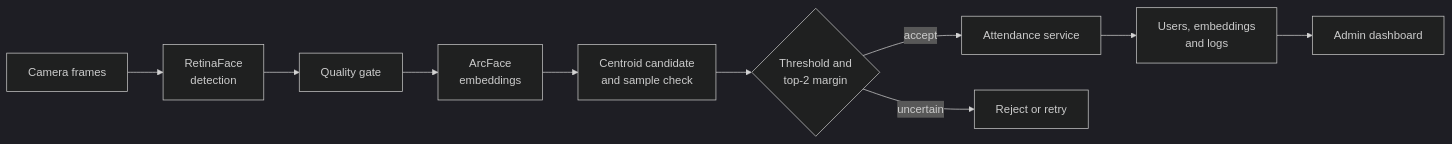
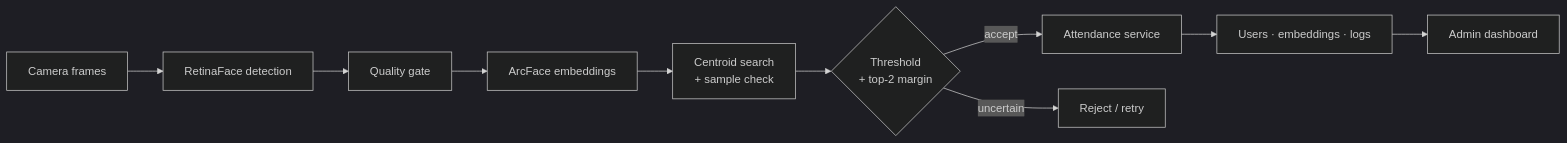
Before and after one commit to yoon-chan-hyeok/face-attendance-system: the diagram in README.md, drawn with Mermaid (dark theme). The commit also changed other lines of this file, not shown here.

````diff
--- a/README.md
+++ b/README.md
@@ -47,12 +42,12 @@
 ```mermaid
 flowchart LR
-    C["Camera frames"] --> D["RetinaFace<br/>detection"]
+    C["Camera frames"] --> D["RetinaFace detection"]
     D --> Q["Quality gate"]
-    Q --> E["ArcFace<br/>embeddings"]
-    E --> M["Centroid candidate<br/>and sample check"]
-    M --> G{"Threshold and<br/>top-2 margin"}
+    Q --> E["ArcFace embeddings"]
+    E --> M["Centroid search<br/>+ sample check"]
+    M --> G{"Threshold<br/>+ top-2 margin"}
     G -->|accept| A["Attendance service"]
-    G -->|uncertain| R["Reject or retry"]
-    A --> DB["Users, embeddings<br/>and logs"]
+    G -->|uncertain| R["Reject / retry"]
+    A --> DB["Users · embeddings · logs"]
     DB --> UI["Admin dashboard"]
 ```
````
